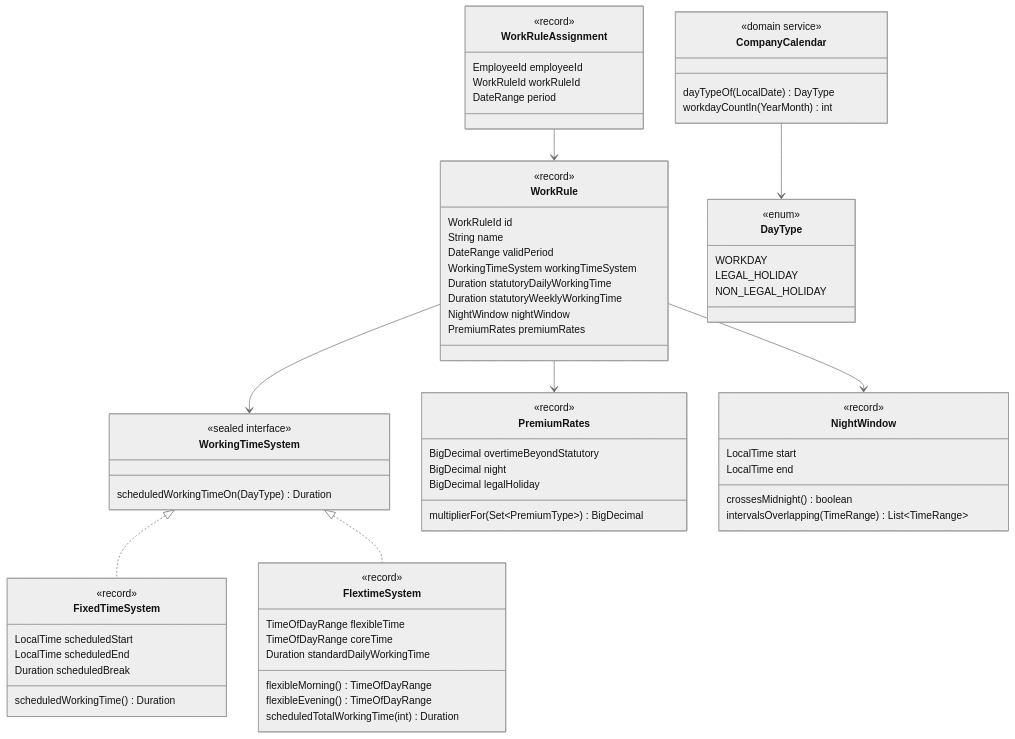
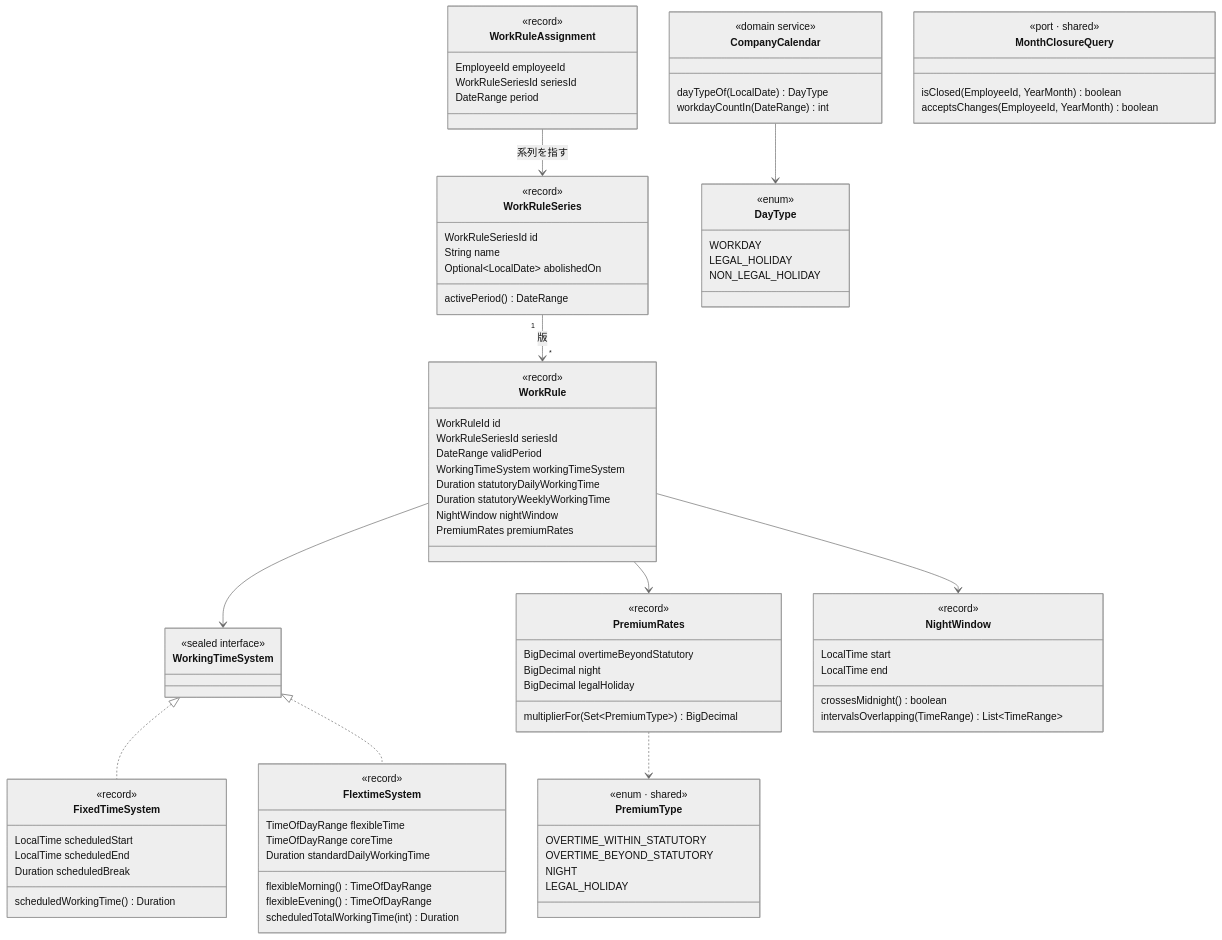
Before and after one commit to masaki-i02/newJavaProject: the diagram in doc/02_詳細設計/02_就業規則・カレンダー/diagrams/ドメインモデル.mmd, drawn with Mermaid (neutral theme). The commit also changed 16 other files, not shown here.

```diff
--- a/doc/02_詳細設計/02_就業規則・カレンダー/diagrams/ドメインモデル.mmd
+++ b/doc/02_詳細設計/02_就業規則・カレンダー/diagrams/ドメインモデル.mmd
@@ -1,75 +1,96 @@
 classDiagram
     direction TB
+
+    class WorkRuleSeries {
+        <<record>>
+        WorkRuleSeriesId id
+        String name
+        Optional~LocalDate~ abolishedOn
+        activePeriod() DateRange
+    }
 
     class WorkRule {
         <<record>>
         WorkRuleId id
-        String name
+        WorkRuleSeriesId seriesId
         DateRange validPeriod
         WorkingTimeSystem workingTimeSystem
         Duration statutoryDailyWorkingTime
         Duration statutoryWeeklyWorkingTime
         NightWindow nightWindow
         PremiumRates premiumRates
     }
 
     class WorkingTimeSystem {
         <<sealed interface>>
-        scheduledWorkingTimeOn(DayType) Duration
     }
     class FixedTimeSystem {
         <<record>>
         LocalTime scheduledStart
         LocalTime scheduledEnd
         Duration scheduledBreak
         scheduledWorkingTime() Duration
     }
     class FlextimeSystem {
         <<record>>
         TimeOfDayRange flexibleTime
         TimeOfDayRange coreTime
         Duration standardDailyWorkingTime
         flexibleMorning() TimeOfDayRange
         flexibleEvening() TimeOfDayRange
         scheduledTotalWorkingTime(int) Duration
     }
 
     class PremiumRates {
         <<record>>
         BigDecimal overtimeBeyondStatutory
         BigDecimal night
         BigDecimal legalHoliday
         multiplierFor(Set~PremiumType~) BigDecimal
     }
     class NightWindow {
         <<record>>
         LocalTime start
         LocalTime end
         crossesMidnight() boolean
         intervalsOverlapping(TimeRange) List~TimeRange~
     }
     class DayType {
         <<enum>>
         WORKDAY
         LEGAL_HOLIDAY
         NON_LEGAL_HOLIDAY
     }
     class CompanyCalendar {
         <<domain service>>
         dayTypeOf(LocalDate) DayType
-        workdayCountIn(YearMonth) int
+        workdayCountIn(DateRange) int
     }
     class WorkRuleAssignment {
         <<record>>
         EmployeeId employeeId
-        WorkRuleId workRuleId
+        WorkRuleSeriesId seriesId
         DateRange period
+    }
+    class PremiumType {
+        <<enum · shared>>
+        OVERTIME_WITHIN_STATUTORY
+        OVERTIME_BEYOND_STATUTORY
+        NIGHT
+        LEGAL_HOLIDAY
+    }
+    class MonthClosureQuery {
+        <<port · shared>>
+        isClosed(EmployeeId, YearMonth) boolean
+        acceptsChanges(EmployeeId, YearMonth) boolean
     }
 
     WorkingTimeSystem <|.. FixedTimeSystem
     WorkingTimeSystem <|.. FlextimeSystem
+    WorkRuleSeries "1" --> "*" WorkRule : 版
     WorkRule --> WorkingTimeSystem
     WorkRule --> PremiumRates
     WorkRule --> NightWindow
+    PremiumRates ..> PremiumType
     CompanyCalendar --> DayType
-    WorkRuleAssignment --> WorkRule
+    WorkRuleAssignment --> WorkRuleSeries : 系列を指す
```
